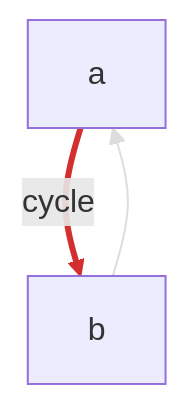
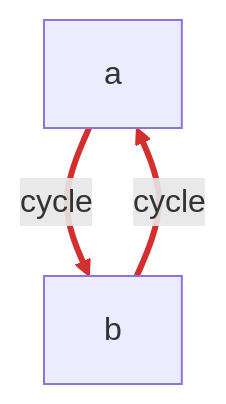
Before and after one commit to Hedgeinform/hi_flow: the first of 2 diagrams in hi_flow/skills/arch-audit/tests/fixtures/cycle-project/audit-report/audit-report.md, drawn with Mermaid. The commit also changed other lines of this file and 10 other files, not shown here.

````diff
--- a/hi_flow/skills/arch-audit/tests/fixtures/cycle-project/audit-report/audit-report.md
+++ b/hi_flow/skills/arch-audit/tests/fixtures/cycle-project/audit-report/audit-report.md
@@ -21,9 +21,9 @@
 ```mermaid
 flowchart TD
     a
     b
     a ==>|cycle| b
-    b --> a
+    b ==>|cycle| a
     linkStyle 0 stroke:#d32f2f,stroke-width:3px
-    linkStyle 1 stroke:#bdbdbd,stroke-width:1px,opacity:0.5
+    linkStyle 1 stroke:#d32f2f,stroke-width:3px
 ```
````
